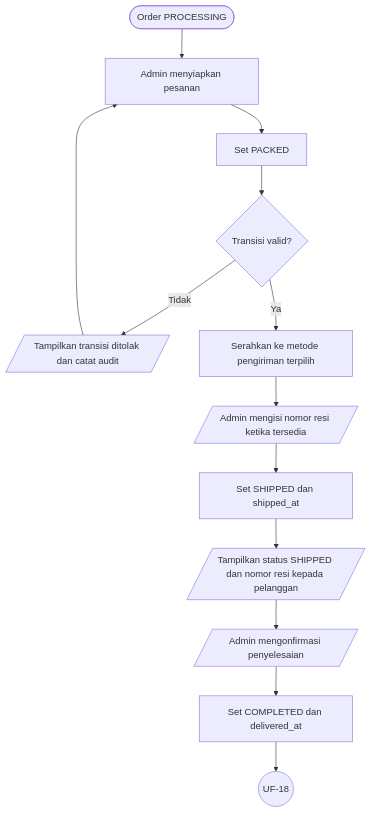
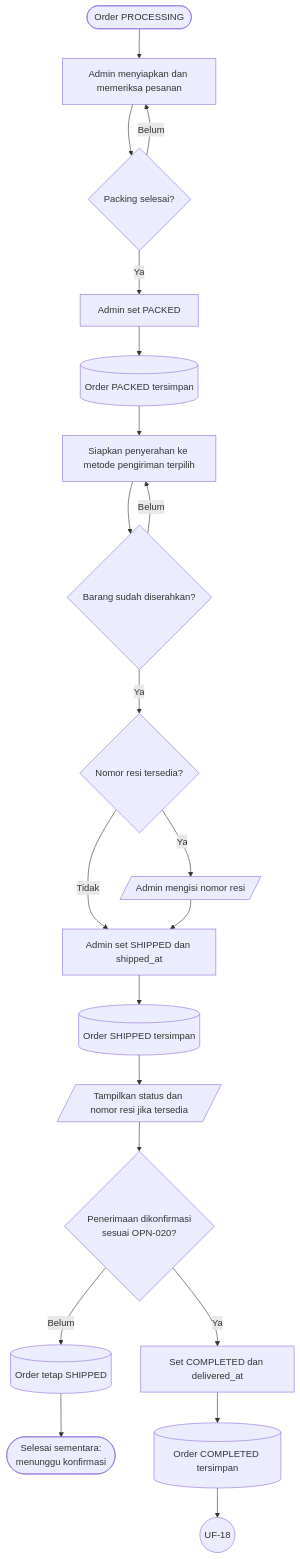
One commit to Webekspres/pixel-komunika changed diagram 12 of 19 in docs/design/USER_FLOWS.md. Above: the diagram before and after it, drawn with Mermaid. The commit also changed other lines of this file and 6 other files, not shown here.

````diff
--- a/docs/design/USER_FLOWS.md
+++ b/docs/design/USER_FLOWS.md
@@ -403,17 +403,25 @@
 ```mermaid
 flowchart TD
-    A(["Order PROCESSING"]) --> B["Admin menyiapkan pesanan"]
-    B --> C["Set PACKED"]
-    C --> D{"Transisi valid?"}
-    D -->|Tidak| E[/"Tampilkan transisi ditolak dan catat audit"/]
-    E --> B
-    D -->|Ya| F["Serahkan ke metode pengiriman terpilih"]
-    F --> G[/"Admin mengisi nomor resi ketika tersedia"/]
-    G --> H["Set SHIPPED dan shipped_at"]
-    H --> H1[/"Tampilkan status SHIPPED dan nomor resi kepada pelanggan"/]
-    H1 --> I[/"Admin mengonfirmasi penyelesaian"/]
-    I --> J["Set COMPLETED dan delivered_at"]
-    J --> C_UF18((UF-18))
+    A(["Order PROCESSING"]) --> B["Admin menyiapkan dan memeriksa pesanan"]
+    B --> C{"Packing selesai?"}
+    C -->|Belum| B
+    C -->|Ya| D["Admin set PACKED"]
+    D --> E[("Order PACKED tersimpan")]
+    E --> F["Siapkan penyerahan ke metode pengiriman terpilih"]
+    F --> G{"Barang sudah diserahkan?"}
+    G -->|Belum| F
+    G -->|Ya| H{"Nomor resi tersedia?"}
+    H -->|Ya| I[/"Admin mengisi nomor resi"/]
+    H -->|Tidak| J["Admin set SHIPPED dan shipped_at"]
+    I --> J
+    J --> K[("Order SHIPPED tersimpan")]
+    K --> L[/"Tampilkan status dan nomor resi jika tersedia"/]
+    L --> M{"Penerimaan dikonfirmasi<br/>sesuai OPN-020?"}
+    M -->|Belum| N[("Order tetap SHIPPED")]
+    N --> O(["Selesai sementara:<br/>menunggu konfirmasi"])
+    M -->|Ya| P["Set COMPLETED dan delivered_at"]
+    P --> Q[("Order COMPLETED tersimpan")]
+    Q --> C_UF18((UF-18))
 
     click C_UF18 "#uf-18-laporan-dan-audit"
 ```
````
